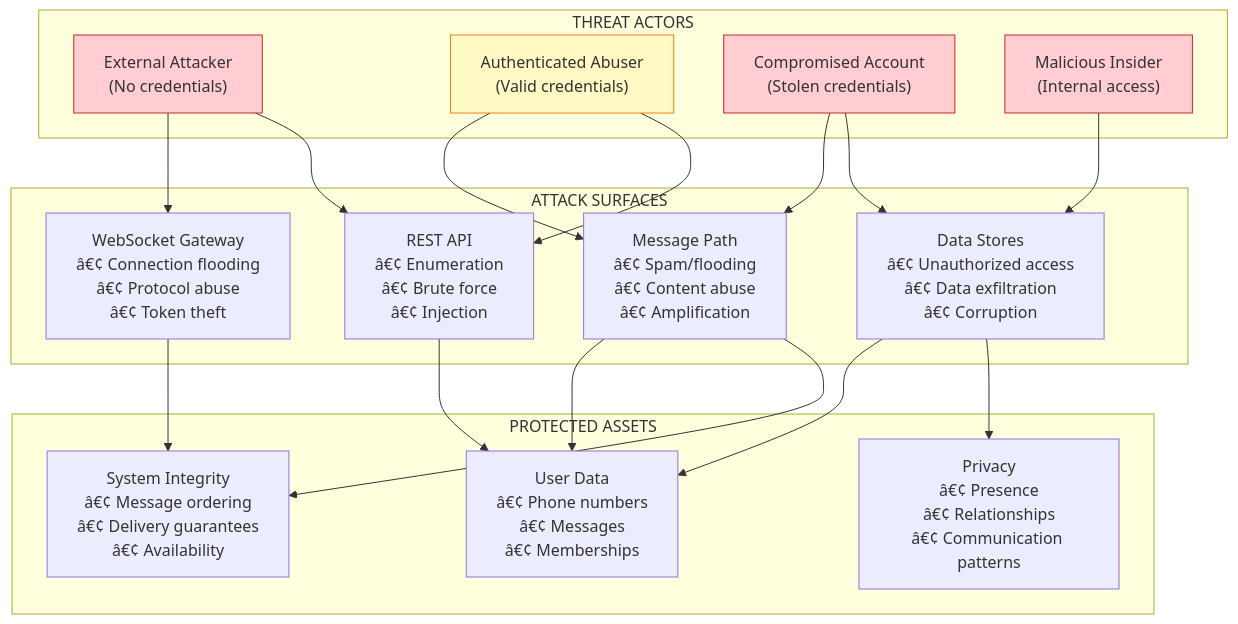
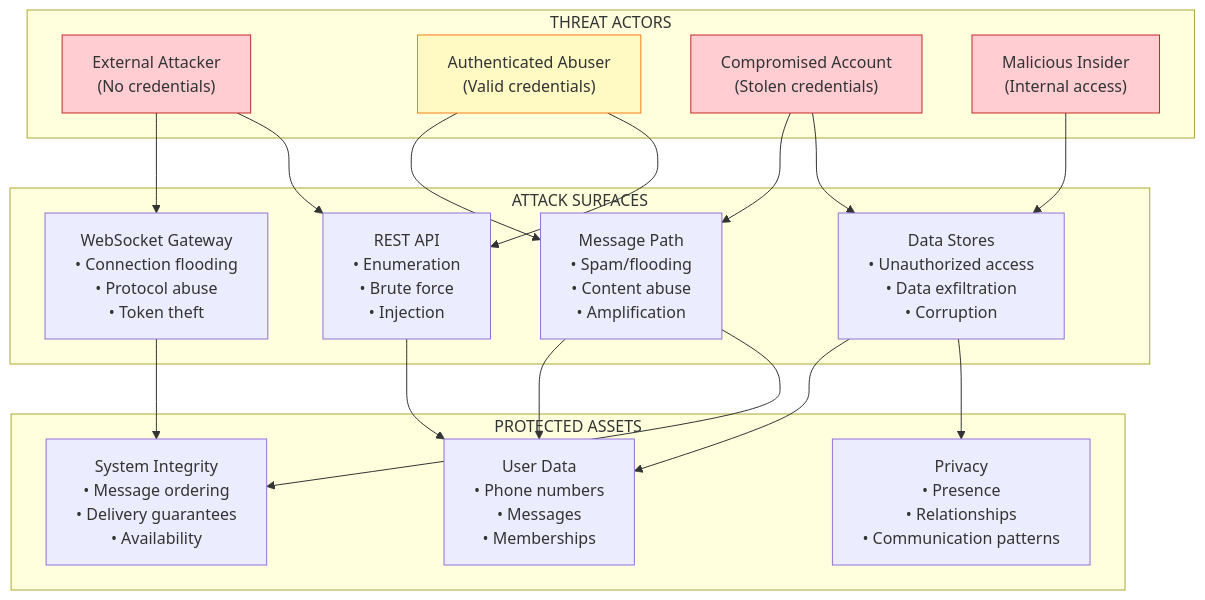
Before and after one commit to ae-lexs/realtime-messaging-platform: the first of 13 diagrams in docs/ADR-013.md, drawn with Mermaid. The commit also changed other lines of this file and 4 other files, not shown here.

````diff
--- a/docs/ADR-013.md
+++ b/docs/ADR-013.md
@@ -128,42 +128,42 @@
 ```mermaid
 flowchart TB
     subgraph Attackers["THREAT ACTORS"]
         EXT["External Attacker<br/>(No credentials)"]
         AUTH["Authenticated Abuser<br/>(Valid credentials)"]
         COMP["Compromised Account<br/>(Stolen credentials)"]
         INS["Malicious Insider<br/>(Internal access)"]
     end
     
     subgraph Surfaces["ATTACK SURFACES"]
-        WS["WebSocket Gateway<br/>â€¢ Connection flooding<br/>â€¢ Protocol abuse<br/>â€¢ Token theft"]
-        REST["REST API<br/>â€¢ Enumeration<br/>â€¢ Brute force<br/>â€¢ Injection"]
-        MSG["Message Path<br/>â€¢ Spam/flooding<br/>â€¢ Content abuse<br/>â€¢ Amplification"]
-        DATA["Data Stores<br/>â€¢ Unauthorized access<br/>â€¢ Data exfiltration<br/>â€¢ Corruption"]
+        WS["WebSocket Gateway<br/>• Connection flooding<br/>• Protocol abuse<br/>• Token theft"]
+        REST["REST API<br/>• Enumeration<br/>• Brute force<br/>• Injection"]
+        MSG["Message Path<br/>• Spam/flooding<br/>• Content abuse<br/>• Amplification"]
+        DATA["Data Stores<br/>• Unauthorized access<br/>• Data exfiltration<br/>• Corruption"]
     end
     
     subgraph Assets["PROTECTED ASSETS"]
-        USER["User Data<br/>â€¢ Phone numbers<br/>â€¢ Messages<br/>â€¢ Memberships"]
-        SYS["System Integrity<br/>â€¢ Message ordering<br/>â€¢ Delivery guarantees<br/>â€¢ Availability"]
-        PRIV["Privacy<br/>â€¢ Presence<br/>â€¢ Relationships<br/>â€¢ Communication patterns"]
+        USER["User Data<br/>• Phone numbers<br/>• Messages<br/>• Memberships"]
+        SYS["System Integrity<br/>• Message ordering<br/>• Delivery guarantees<br/>• Availability"]
+        PRIV["Privacy<br/>• Presence<br/>• Relationships<br/>• Communication patterns"]
     end
     
     EXT --> WS
     EXT --> REST
     AUTH --> MSG
     AUTH --> REST
     COMP --> MSG
     COMP --> DATA
     INS --> DATA
     
     WS --> SYS
     REST --> USER
     MSG --> USER
     MSG --> SYS
     DATA --> USER
     DATA --> PRIV
     
     style EXT fill:#ffcdd2,stroke:#c62828
     style AUTH fill:#fff9c4,stroke:#f57f17
     style COMP fill:#ffcdd2,stroke:#c62828
     style INS fill:#ffcdd2,stroke:#c62828
 ```
````
